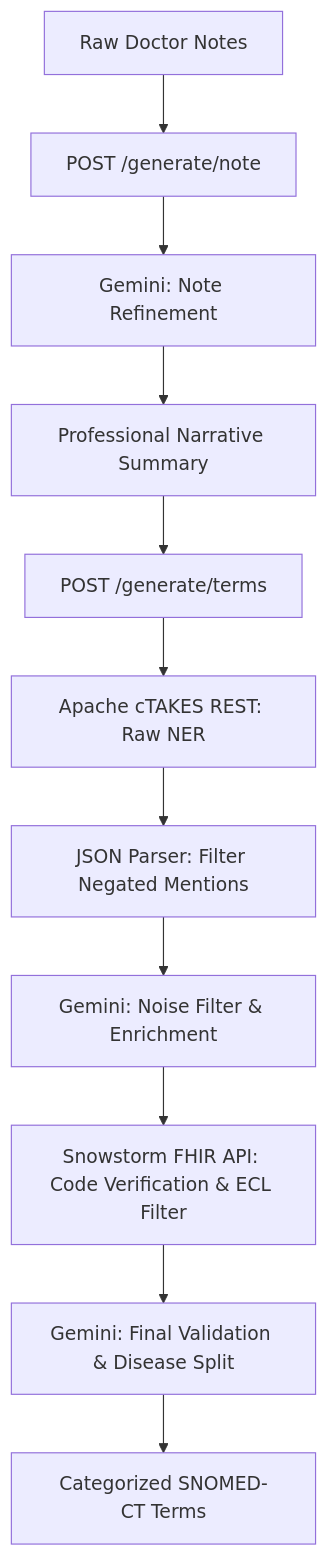
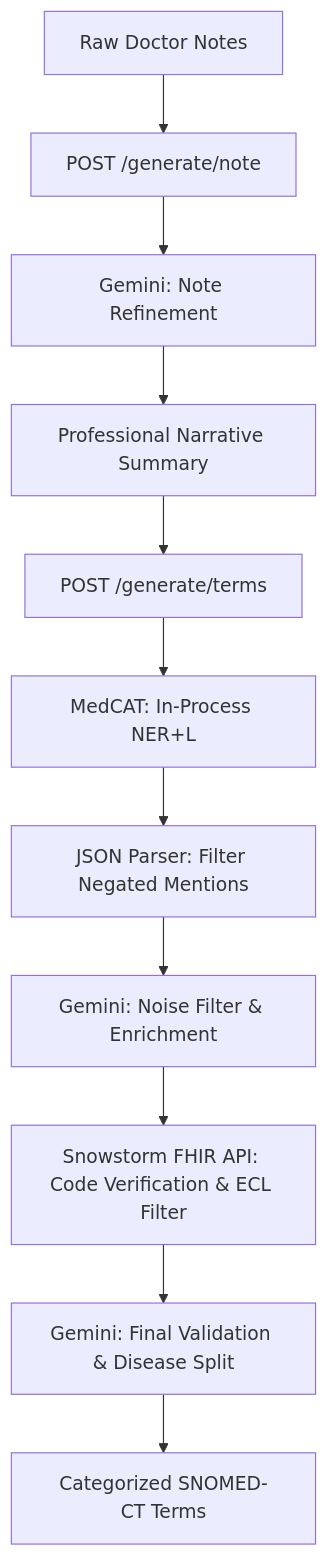
One commit to navioob/ctakes-rest-service-docker changed the diagram in api/README.md. Above: the diagram before and after it, drawn with Mermaid. The commit also changed other lines of this file and 26 other files, not shown here.

````diff
--- a/api/README.md
+++ b/api/README.md
@@ -11,13 +11,13 @@
 ```mermaid
 graph TD
     A[Raw Doctor Notes] --> B[POST /generate/note]
     B --> C[Gemini: Note Refinement]
     C --> D[Professional Narrative Summary]
     D --> E[POST /generate/terms]
-    E --> F[Apache cTAKES REST: Raw NER]
+    E --> F[MedCAT: In-Process NER+L]
     F --> G[JSON Parser: Filter Negated Mentions]
     G --> H[Gemini: Noise Filter & Enrichment]
     H --> I[Snowstorm FHIR API: Code Verification & ECL Filter]
     I --> J[Gemini: Final Validation & Disease Split]
     J --> K[Categorized SNOMED-CT Terms]
 ```
````
